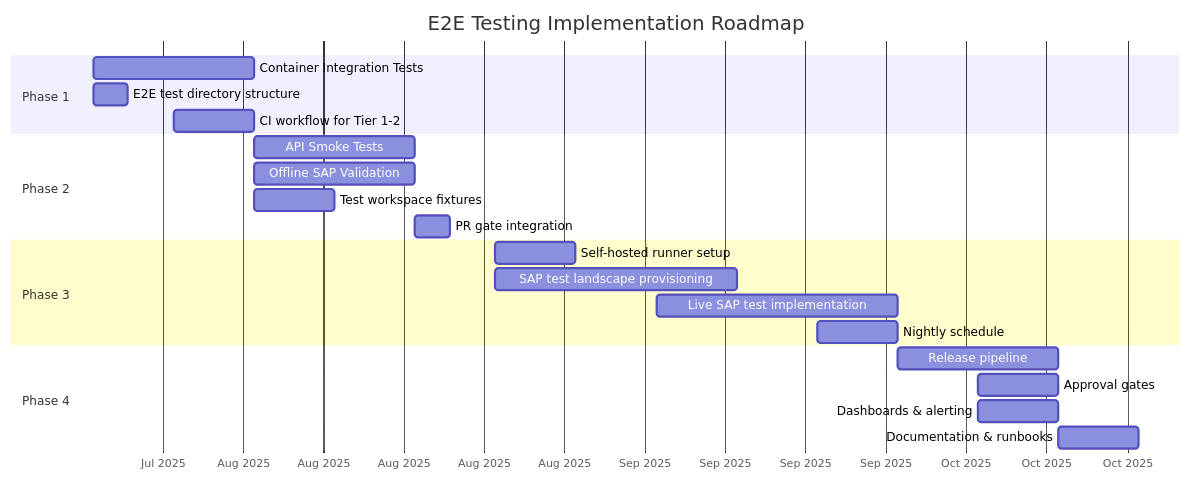
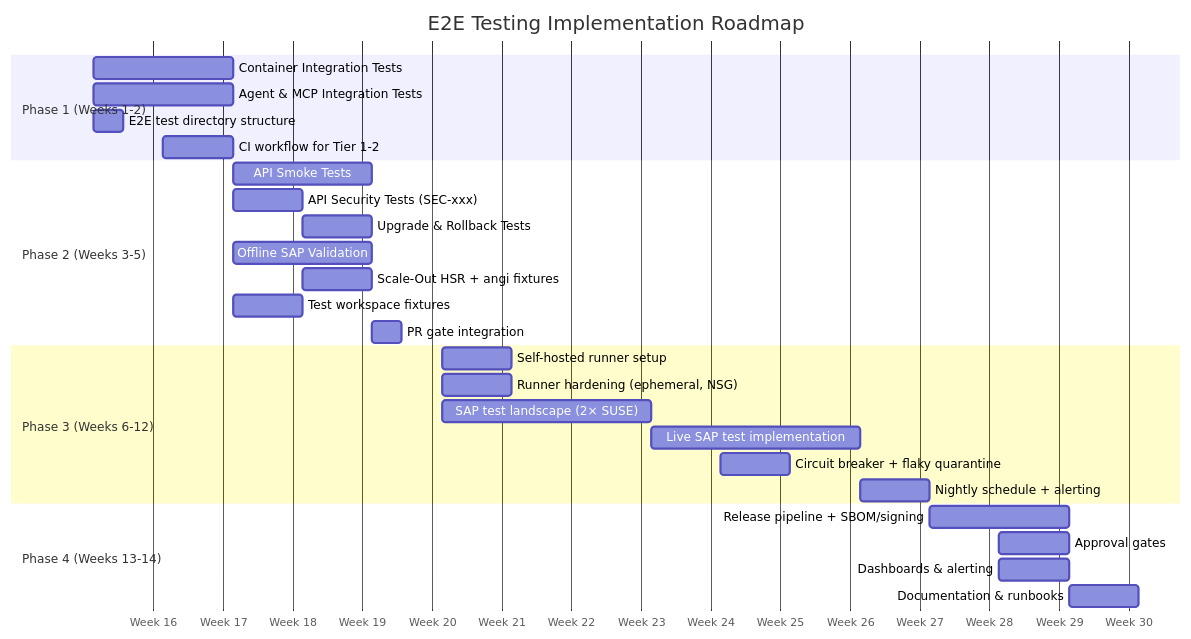
The sixth of 7 diagrams in docs/PRD_E2E_TESTING.md (devanshjainms/sap-automation-qa), drawn with Mermaid before and after one commit. The commit also changed other lines of this file, not shown here.

````diff
--- a/docs/PRD_E2E_TESTING.md
+++ b/docs/PRD_E2E_TESTING.md
@@ -1061,29 +1490,35 @@
 ```mermaid
 gantt
     title E2E Testing Implementation Roadmap
     dateFormat YYYY-MM-DD
-    axisFormat %b %Y
+    axisFormat Week %W
 
-    section Phase 1
-    Container Integration Tests      :p1a, 2025-07-21, 2w
-    E2E test directory structure      :p1b, 2025-07-21, 3d
-    CI workflow for Tier 1-2          :p1c, 2025-07-28, 1w
+    section Phase 1 (Weeks 1-2)
+    Container Integration Tests      :p1a, 2026-04-20, 2w
+    Agent & MCP Integration Tests    :p1a2, 2026-04-20, 2w
+    E2E test directory structure      :p1b, 2026-04-20, 3d
+    CI workflow for Tier 1-2          :p1c, 2026-04-27, 1w
 
-    section Phase 2
-    API Smoke Tests                   :p2a, 2025-08-04, 2w
-    Offline SAP Validation            :p2b, 2025-08-04, 2w
-    Test workspace fixtures           :p2c, 2025-08-04, 1w
-    PR gate integration               :p2d, 2025-08-18, 3d
+    section Phase 2 (Weeks 3-5)
+    API Smoke Tests                   :p2a, 2026-05-04, 2w
+    API Security Tests (SEC-xxx)      :p2a2, 2026-05-04, 1w
+    Upgrade & Rollback Tests          :p2a3, 2026-05-11, 1w
+    Offline SAP Validation            :p2b, 2026-05-04, 2w
+    Scale-Out HSR + angi fixtures     :p2b2, 2026-05-11, 1w
+    Test workspace fixtures           :p2c, 2026-05-04, 1w
+    PR gate integration               :p2d, 2026-05-18, 3d
 
-    section Phase 3
-    Self-hosted runner setup          :p3a, 2025-08-25, 1w
-    SAP test landscape provisioning   :p3b, 2025-08-25, 3w
-    Live SAP test implementation      :p3c, 2025-09-08, 3w
-    Nightly schedule                  :p3d, 2025-09-22, 1w
+    section Phase 3 (Weeks 6-12)
+    Self-hosted runner setup          :p3a, 2026-05-25, 1w
+    Runner hardening (ephemeral, NSG) :p3a2, 2026-05-25, 1w
+    SAP test landscape (2× SUSE)      :p3b, 2026-05-25, 3w
+    Live SAP test implementation      :p3c, 2026-06-15, 3w
+    Circuit breaker + flaky quarantine:p3c2, 2026-06-22, 1w
+    Nightly schedule + alerting       :p3d, 2026-07-06, 1w
 
-    section Phase 4
-    Release pipeline                  :p4a, 2025-09-29, 2w
-    Approval gates                    :p4b, 2025-10-06, 1w
-    Dashboards & alerting             :p4c, 2025-10-06, 1w
-    Documentation & runbooks          :p4d, 2025-10-13, 1w
+    section Phase 4 (Weeks 13-14)
+    Release pipeline + SBOM/signing   :p4a, 2026-07-13, 2w
+    Approval gates                    :p4b, 2026-07-20, 1w
+    Dashboards & alerting             :p4c, 2026-07-20, 1w
+    Documentation & runbooks          :p4d, 2026-07-27, 1w
 ```
````
